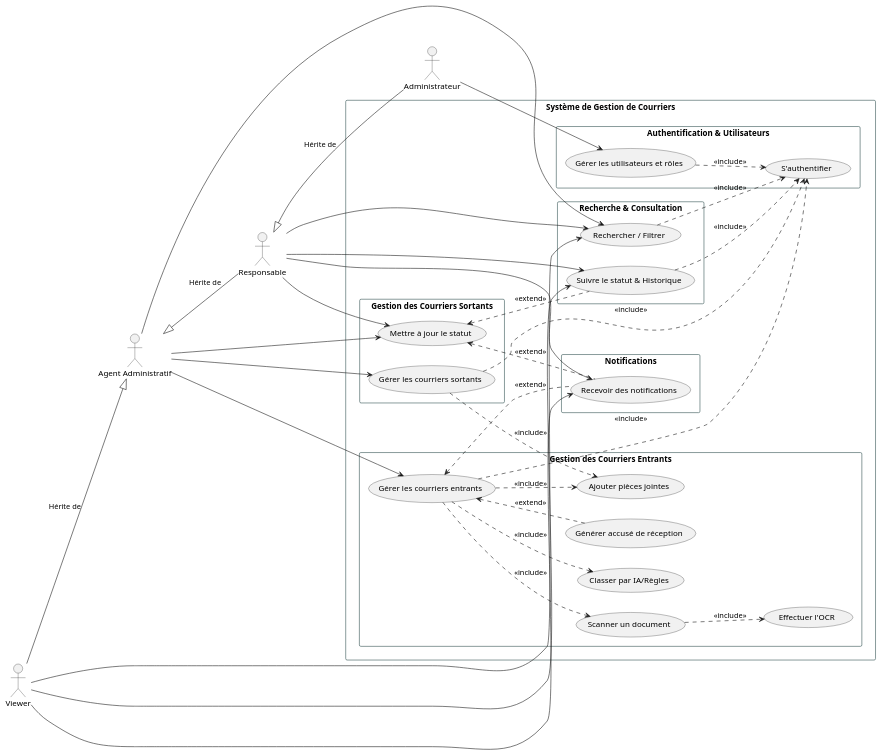
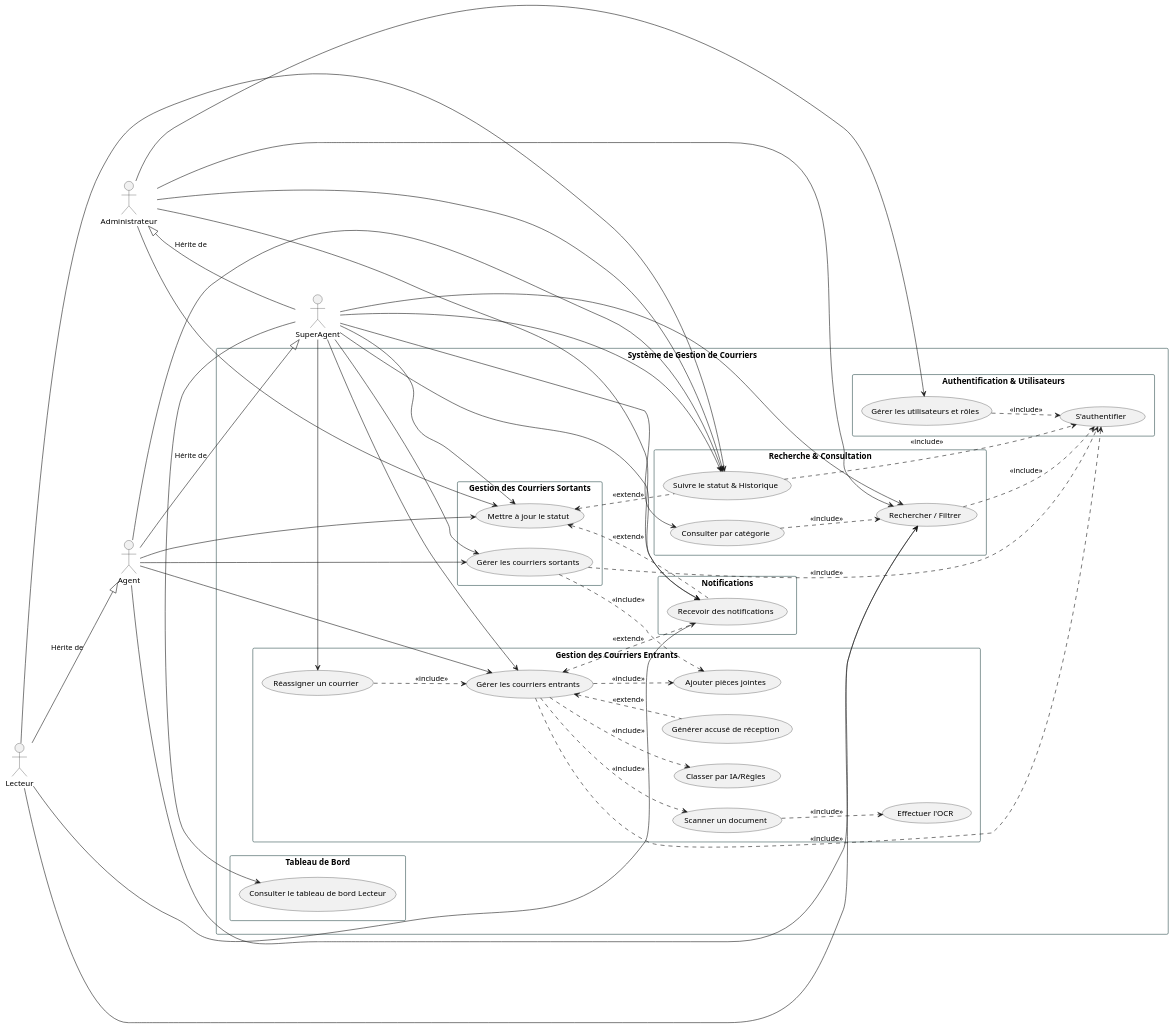
One commit to MohamedEn-nasry/Application-mobile-Bureau-Ordre-Archives-Intelligent changed the diagram in Conception/UML/DiagramDeUseCase/use_case.puml. Above: the diagram before and after it, drawn with PlantUML. The commit also changed 24 other files, not shown here.

Commit message:
Exploiter tous les fichiers UML : DiagramDeClass, DiagramDeUseCase et DiagramSequence.

```diff
--- a/Conception/UML/DiagramDeUseCase/use_case.puml
+++ b/Conception/UML/DiagramDeUseCase/use_case.puml
@@ -1,88 +1,102 @@
 @startuml
 left to right direction
 skinparam packageStyle rectangle
 skinparam shadowing false
 skinparam rectangle {
     BackgroundColor White
     BorderColor DarkSlateGray
 }
 
-actor "Agent Administratif" as Agent
-actor "Responsable" as Resp
+actor "Lecteur" as Lecteur
+actor "Agent" as Agent
+actor "SuperAgent" as SuperAgent
 actor "Administrateur" as Admin
-actor "Viewer" as Viewer
 
-Viewer -down-|> Agent : "Hérite de"
-
-Resp -up-|> Agent : "Hérite de"
-Admin -up-|> Resp : "Hérite de"
+Lecteur -down-|> Agent : "Hérite de"
+Agent -down-|> SuperAgent : "Hérite de"
+SuperAgent -up-|> Admin : "Hérite de"
 
 rectangle "Système de Gestion de Courriers" {
   
   package "Authentification & Utilisateurs" {
     usecase "S'authentifier" as UC_AUTH
     usecase "Gérer les utilisateurs et rôles" as UC_ADMIN_USERS
   }
   
   package "Gestion des Courriers Entrants" {
     usecase "Gérer les courriers entrants" as UC_ENTRANT
     usecase "Scanner un document" as UC_SCAN
     usecase "Effectuer l'OCR" as UC_OCR
     usecase "Classer par IA/Règles" as UC_CLASSIF
     usecase "Ajouter pièces jointes" as UC_JOINTS
     usecase "Générer accusé de réception" as UC_ACCUSE
+    usecase "Réassigner un courrier" as UC_REASSIGN
   }
   
   package "Gestion des Courriers Sortants" {
     usecase "Gérer les courriers sortants" as UC_SORTANT
     usecase "Mettre à jour le statut" as UC_STATUS
   }
 
   package "Recherche & Consultation" {
     usecase "Rechercher / Filtrer" as UC_SEARCH
     usecase "Suivre le statut & Historique" as UC_HISTORY
+    usecase "Consulter par catégorie" as UC_CATEGORY
   }
 
   package "Notifications" {
     usecase "Recevoir des notifications" as UC_NOTIFY
   }
 
-  ' Relations d'inclusion (Indispensables)
+  package "Tableau de Bord" {
+    usecase "Consulter le tableau de bord Lecteur" as UC_DASHBOARD
+  }
+
   UC_ENTRANT ..> UC_AUTH : <<include>>
   UC_SORTANT ..> UC_AUTH : <<include>>
   UC_SEARCH ..> UC_AUTH : <<include>>
   UC_ADMIN_USERS ..> UC_AUTH : <<include>>
   
   UC_ENTRANT ..> UC_SCAN : <<include>>
   UC_SCAN ..> UC_OCR : <<include>>
   UC_ENTRANT ..> UC_CLASSIF : <<include>>
   UC_ENTRANT ..> UC_JOINTS : <<include>>
   UC_SORTANT ..> UC_JOINTS : <<include>>
   
   UC_HISTORY ..> UC_AUTH : <<include>>
 
-  ' Relations d'extension (Optionnelles)
   UC_STATUS <.. UC_NOTIFY : <<extend>>
   UC_ENTRANT <.. UC_NOTIFY : <<extend>>
   UC_ENTRANT <.. UC_ACCUSE : <<extend>>
   UC_STATUS <.. UC_HISTORY : <<extend>>
+  UC_REASSIGN ..> UC_ENTRANT : <<include>>
+  UC_CATEGORY ..> UC_SEARCH : <<include>>
 }
 
-' Liaisons Acteurs -> Cas d'utilisation
 Agent --> UC_ENTRANT
 Agent --> UC_SORTANT
 Agent --> UC_SEARCH
 Agent --> UC_STATUS
+Agent --> UC_HISTORY
 
-Resp --> UC_SEARCH
-Resp --> UC_STATUS
-Resp --> UC_NOTIFY
-Resp --> UC_HISTORY
+SuperAgent --> UC_ENTRANT
+SuperAgent --> UC_SORTANT
+SuperAgent --> UC_SEARCH
+SuperAgent --> UC_STATUS
+SuperAgent --> UC_HISTORY
+SuperAgent --> UC_NOTIFY
+SuperAgent --> UC_REASSIGN
+SuperAgent --> UC_CATEGORY
+SuperAgent --> UC_DASHBOARD
 
 Admin --> UC_ADMIN_USERS
+Admin --> UC_SEARCH
+Admin --> UC_STATUS
+Admin --> UC_NOTIFY
+Admin --> UC_HISTORY
 
-Viewer --> UC_SEARCH
-Viewer --> UC_HISTORY
-Viewer --> UC_NOTIFY
+Lecteur --> UC_SEARCH
+Lecteur --> UC_HISTORY
+Lecteur --> UC_NOTIFY
 
 @enduml
```
